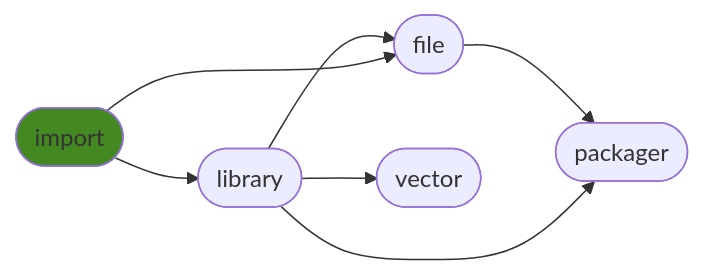
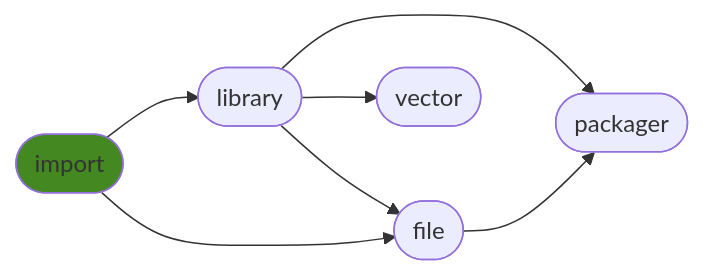
Before and after one commit to ManderaGeneral/generalimport: the diagram in README.md, drawn with Mermaid. The commit also changed other lines of this file, not shown here.

````diff
--- a/README.md
+++ b/README.md
@@ -25,15 +29,15 @@
 ```mermaid
 flowchart LR
-2([file]) --> 4([packager])
+1([library]) --> 3([vector])
 0([import]) --> 1([library])
 1([library]) --> 2([file])
+0([import]) --> 2([file])
 1([library]) --> 4([packager])
-1([library]) --> 3([vector])
-0([import]) --> 2([file])
+2([file]) --> 4([packager])
 click 0 "https://github.com/ManderaGeneral/generalimport"
 click 1 "https://github.com/ManderaGeneral/generallibrary"
 click 2 "https://github.com/ManderaGeneral/generalfile"
 click 3 "https://github.com/ManderaGeneral/generalvector"
 click 4 "https://github.com/ManderaGeneral/generalpackager"
 style 0 fill:#482
 ```
````
